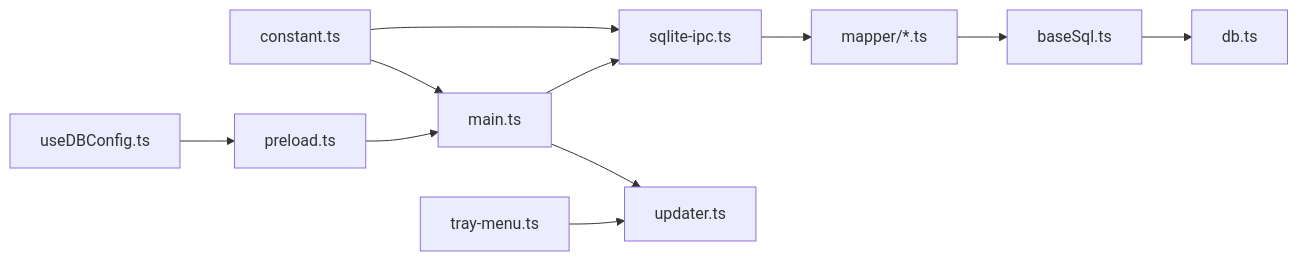
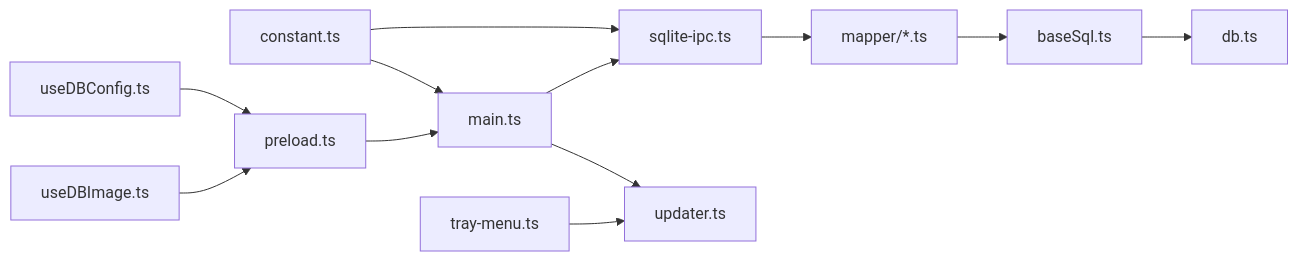
Before and after one commit to scgithub3220216/password-manager: the ninth of 9 diagrams in .qoder/repowiki/zh/content/架构设计/IPC通信机制.md, drawn with Mermaid. The commit also changed other lines of this file and 9 other files, not shown here.

First line of the commit message:
feat(sync): 新增图像数据同步支持

````diff
--- a/.qoder/repowiki/zh/content/架构设计/IPC通信机制.md
+++ b/.qoder/repowiki/zh/content/架构设计/IPC通信机制.md
@@ -310,13 +362,14 @@
 ```mermaid
 graph LR
 Const["constant.ts"] --> Main["main.ts"]
 Const --> SIPC["sqlite-ipc.ts"]
 Main --> SIPC
 SIPC --> Mapper["mapper/*.ts"]
 Mapper --> Base["baseSql.ts"]
 Base --> DB["db.ts"]
 Main --> Upd["updater.ts"]
 Tray["tray-menu.ts"] --> Upd
-Renderer["useDBConfig.ts"] --> Preload["preload.ts"]
+Renderer1["useDBConfig.ts"] --> Preload["preload.ts"]
+Renderer2["useDBImage.ts"] --> Preload
 Preload --> Main
 ```
````
